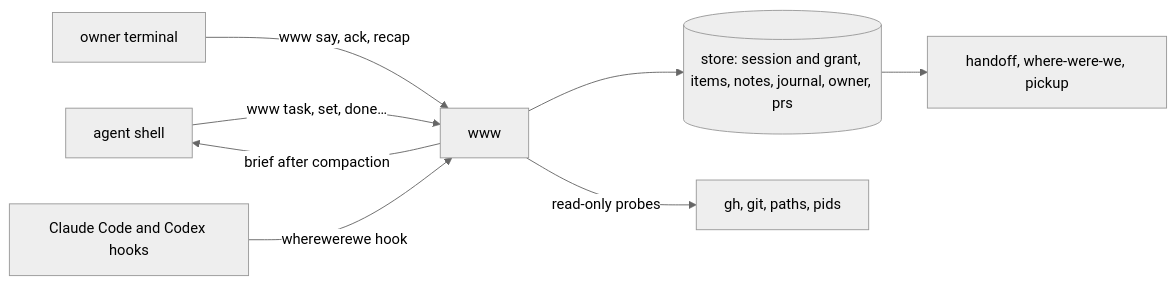
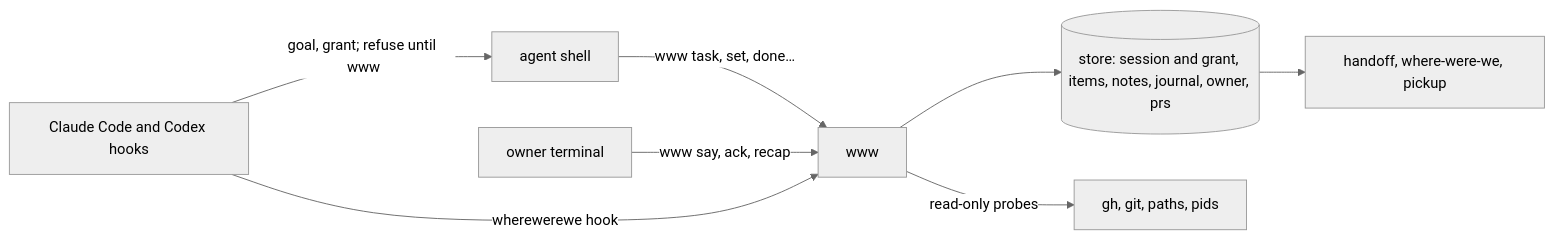
The diagram in docs/design/wherewerewe/README.md (zgeoff/wherewerewe), drawn with Mermaid (neutral theme) before and after one commit. The commit also changed other lines of this file and 18 other files, not shown here.

First line of the commit message:
docs: amend the design so the agent runs www after a compaction (#35)

````diff
--- a/docs/design/wherewerewe/README.md
+++ b/docs/design/wherewerewe/README.md
@@ -14,10 +16,10 @@
 ```mermaid
 flowchart LR
   agent[agent shell] -->|"www task, set, done…"| cli[www]
   owner[owner terminal] -->|"www say, ack, recap"| cli
   cli --> store[(store: session and grant, items, notes, journal, owner, prs)]
   cli -->|"read-only probes"| world[gh, git, paths, pids]
   hooks[Claude Code and Codex hooks] -->|"wherewerewe hook"| cli
-  cli -->|"brief after compaction"| agent
+  hooks -->|"goal, grant; refuse until www"| agent
   store --> skills[handoff, where-were-we, pickup]
 ```
````
